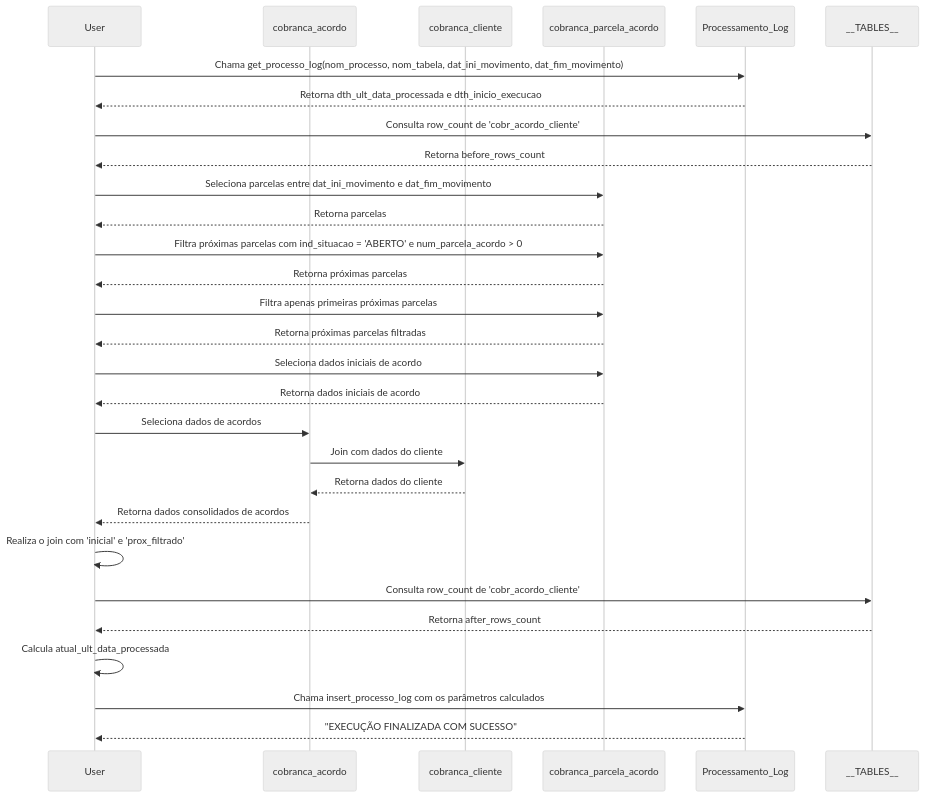
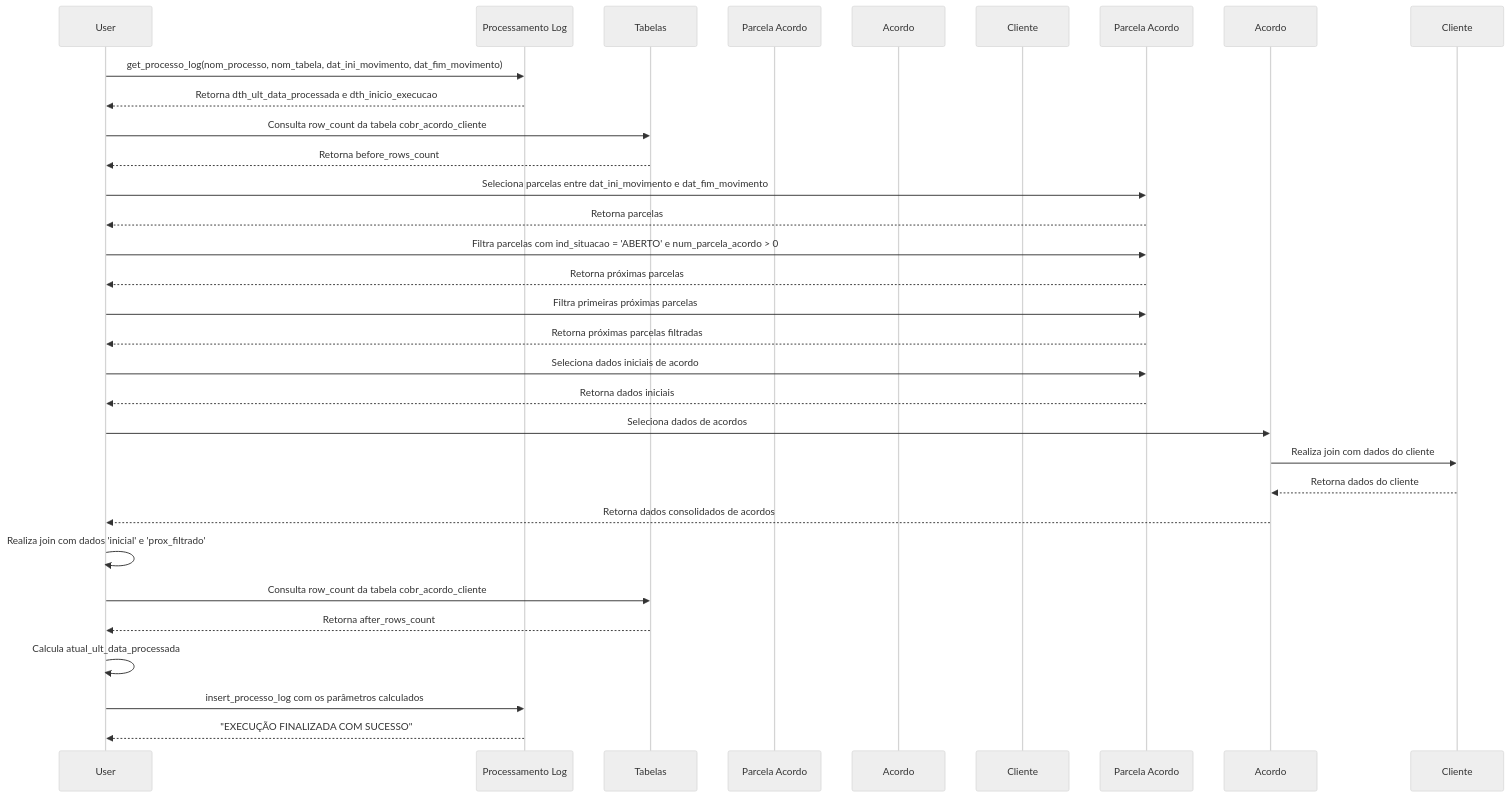
Before and after one commit to 2RP-Squad404/Halo-World: the diagram in Sprints/SP03-0511/Daniel/cobr_acordo_cliente.md, drawn with Mermaid (neutral theme).

Commit message:
docs:documentation update

````diff
--- a/Sprints/SP03-0511/Daniel/cobr_acordo_cliente.md
+++ b/Sprints/SP03-0511/Daniel/cobr_acordo_cliente.md
@@ -1,43 +1,49 @@
 ```mermaid
 sequenceDiagram
     participant User
-    participant cobranca_acordo
-    participant cobranca_cliente
-    participant cobranca_parcela_acordo
-    participant Processamento_Log
-    participant __TABLES__
+    participant Processamento_Log as Processamento Log
+    participant __TABLES__ as Tabelas
+    participant cobranca_parcela_acordo as Parcela Acordo
+    participant cobranca_acordo as Acordo
+    participant cobranca_cliente as Cliente
 
-    User->>Processamento_Log: Chama get_processo_log(nom_processo, nom_tabela, dat_ini_movimento, dat_fim_movimento)
+    %% Início do Processo e Consulta de Logs
+    User->>Processamento_Log: get_processo_log(nom_processo, nom_tabela, dat_ini_movimento, dat_fim_movimento)
     Processamento_Log-->>User: Retorna dth_ult_data_processada e dth_inicio_execucao
 
-    User->>__TABLES__: Consulta row_count de 'cobr_acordo_cliente'
+    %% Obtenção do Row Count Inicial
+    User->>__TABLES__: Consulta row_count da tabela cobr_acordo_cliente
     __TABLES__-->>User: Retorna before_rows_count
 
-    User->>cobranca_parcela_acordo: Seleciona parcelas entre dat_ini_movimento e dat_fim_movimento
-    cobranca_parcela_acordo-->>User: Retorna parcelas
+    %% Filtragem de Parcelas
+    User->>Parcela Acordo: Seleciona parcelas entre dat_ini_movimento e dat_fim_movimento
+    Parcela Acordo-->>User: Retorna parcelas
 
-    User->>cobranca_parcela_acordo: Filtra próximas parcelas com ind_situacao = 'ABERTO' e num_parcela_acordo > 0
-    cobranca_parcela_acordo-->>User: Retorna próximas parcelas
+    User->>Parcela Acordo: Filtra parcelas com ind_situacao = 'ABERTO' e num_parcela_acordo > 0
+    Parcela Acordo-->>User: Retorna próximas parcelas
 
-    User->>cobranca_parcela_acordo: Filtra apenas primeiras próximas parcelas
-    cobranca_parcela_acordo-->>User: Retorna próximas parcelas filtradas
+    User->>Parcela Acordo: Filtra primeiras próximas parcelas
+    Parcela Acordo-->>User: Retorna próximas parcelas filtradas
 
-    User->>cobranca_parcela_acordo: Seleciona dados iniciais de acordo
-    cobranca_parcela_acordo-->>User: Retorna dados iniciais de acordo
+    User->>Parcela Acordo: Seleciona dados iniciais de acordo
+    Parcela Acordo-->>User: Retorna dados iniciais
 
-    User->>cobranca_acordo: Seleciona dados de acordos
-    cobranca_acordo->>cobranca_cliente: Join com dados do cliente
-    cobranca_cliente-->>cobranca_acordo: Retorna dados do cliente
-    cobranca_acordo-->>User: Retorna dados consolidados de acordos
+    %% Seleção e Consolidação dos Dados de Acordo
+    User->>Acordo: Seleciona dados de acordos
+    Acordo->>Cliente: Realiza join com dados do cliente
+    Cliente-->>Acordo: Retorna dados do cliente
+    Acordo-->>User: Retorna dados consolidados de acordos
 
-    User->>User: Realiza o join com 'inicial' e 'prox_filtrado'
+    %% Join e Consolidação
+    User->>User: Realiza join com dados 'inicial' e 'prox_filtrado'
 
-    User->>__TABLES__: Consulta row_count de 'cobr_acordo_cliente'
+    %% Obtenção do Row Count Final
+    User->>__TABLES__: Consulta row_count da tabela cobr_acordo_cliente
     __TABLES__-->>User: Retorna after_rows_count
 
+    %% Finalização e Registro de Log
     User->>User: Calcula atual_ult_data_processada
-
-    User->>Processamento_Log: Chama insert_processo_log com os parâmetros calculados
+    User->>Processamento_Log: insert_processo_log com os parâmetros calculados
     Processamento_Log-->>User: "EXECUÇÃO FINALIZADA COM SUCESSO"
 
 ```
````
